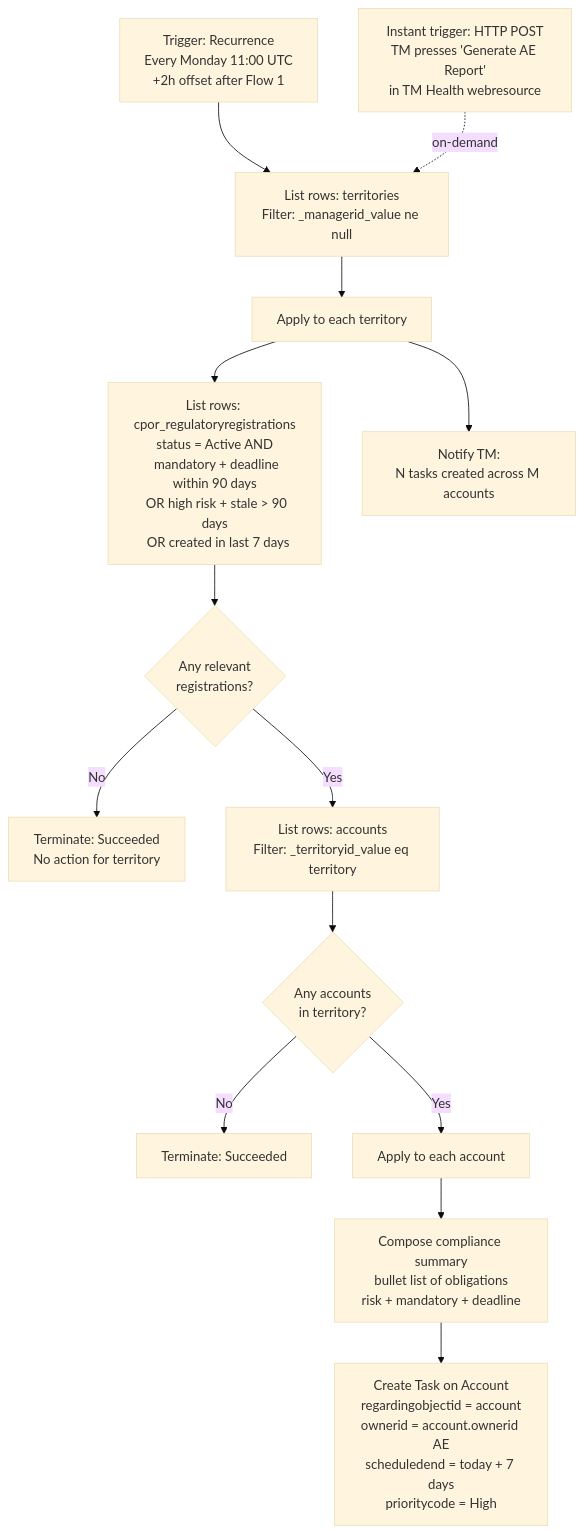
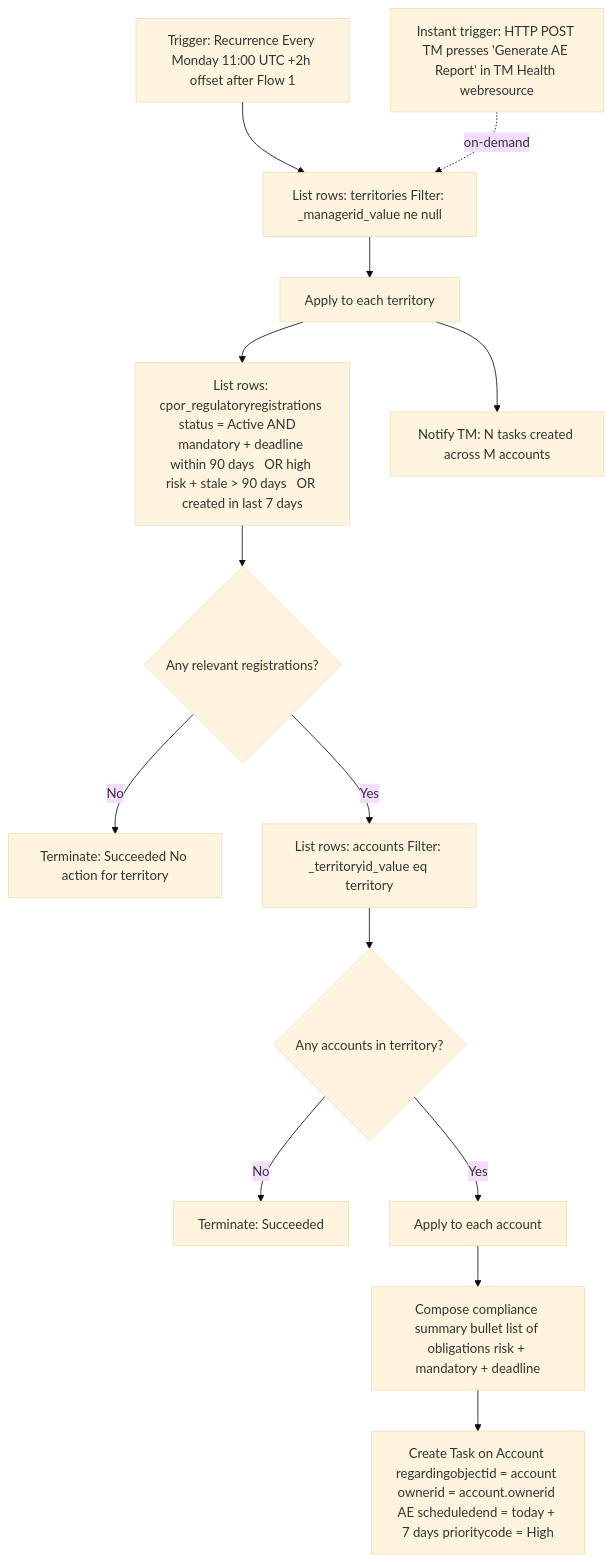
One commit to enewbold-devops/CPOR-Industry-Engagement changed diagram 17 of 23 in README.md. Above: the diagram before and after it, drawn with Mermaid (base theme). The commit also changed other lines of this file, not shown here.

````diff
--- a/README.md
+++ b/README.md
@@ -796,16 +803,16 @@
 ```mermaid
 flowchart TD
-    T[Trigger: Recurrence\nEvery Monday 11:00 UTC\n+2h offset after Flow 1] --> TM[List rows: territories\nFilter: _managerid_value ne null]
-    T2[Instant trigger: HTTP POST\nTM presses 'Generate AE Report'\nin TM Health webresource] -.on-demand.-> TM
+    T[Trigger: Recurrence Every Monday 11:00 UTC +2h offset after Flow 1] --> TM[List rows: territories Filter: _managerid_value ne null]
+    T2[Instant trigger: HTTP POST TM presses 'Generate AE Report' in TM Health webresource] -.on-demand.-> TM
     TM --> EACH[Apply to each territory]
-    EACH --> Q[List rows: cpor_regulatoryregistrations\nstatus = Active AND\n  mandatory + deadline within 90 days\n  OR high risk + stale > 90 days\n  OR created in last 7 days]
-    Q --> C1{Any relevant\nregistrations?}
-    C1 -->|No| SKIP[Terminate: Succeeded\nNo action for territory]
-    C1 -->|Yes| ACC[List rows: accounts\nFilter: _territoryid_value eq territory]
-    ACC --> C2{Any accounts\nin territory?}
+    EACH --> Q[List rows: cpor_regulatoryregistrations status = Active AND   mandatory + deadline within 90 days   OR high risk + stale > 90 days   OR created in last 7 days]
+    Q --> C1{Any relevant registrations?}
+    C1 -->|No| SKIP[Terminate: Succeeded No action for territory]
+    C1 -->|Yes| ACC[List rows: accounts Filter: _territoryid_value eq territory]
+    ACC --> C2{Any accounts in territory?}
     C2 -->|No| SKIP2[Terminate: Succeeded]
     C2 -->|Yes| EACHA[Apply to each account]
-    EACHA --> COMP[Compose compliance summary\nbullet list of obligations\nrisk + mandatory + deadline]
-    COMP --> TASK[Create Task on Account\nregardingobjectid = account\nownerid = account.ownerid AE\nscheduledend = today + 7 days\nprioritycode = High]
-    EACH --> NOTE[Notify TM:\nN tasks created across M accounts]
+    EACHA --> COMP[Compose compliance summary bullet list of obligations risk + mandatory + deadline]
+    COMP --> TASK[Create Task on Account regardingobjectid = account ownerid = account.ownerid AE scheduledend = today + 7 days prioritycode = High]
+    EACH --> NOTE[Notify TM: N tasks created across M accounts]
 ```
````
